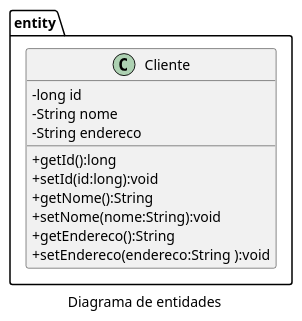
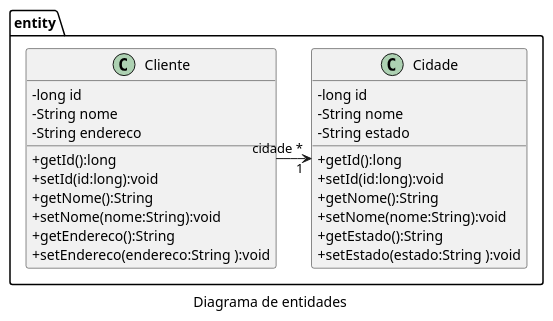
Before and after one commit to waltercoan/fso-turmab-proj: the diagram in diagramas/entidades.puml, drawn with PlantUML. The commit also changed 8 other files, not shown here.

```diff
--- a/diagramas/entidades.puml
+++ b/diagramas/entidades.puml
@@ -1,19 +1,33 @@
 @startuml
 skinparam classAttributeIconSize 0
 caption Diagrama de entidades
 namespace entity {
     class Cliente {
         - long id
         - String nome
         - String endereco
 
         + getId():long
         + setId(id:long):void
         + getNome():String
         + setNome(nome:String):void
         + getEndereco():String
         + setEndereco(endereco:String ):void
         
     }
+    class Cidade {
+        - long id
+        - String nome
+        - String estado
+
+        + getId():long
+        + setId(id:long):void
+        + getNome():String
+        + setNome(nome:String):void
+        + getEstado():String
+        + setEstado(estado:String ):void
+        
+    }
+    Cliente "cidade *" -> "1" Cidade
 }
 @enduml
```
